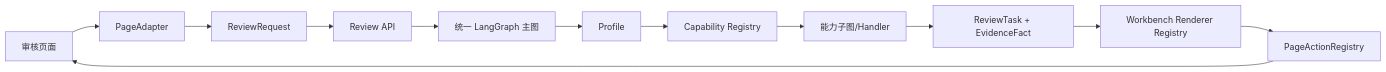
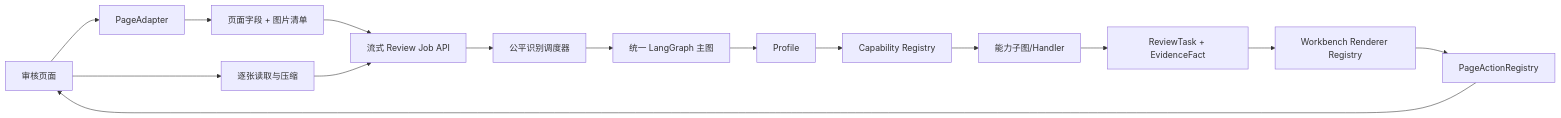
One commit to yangaobo0235/review-assistant changed the diagram in docs/architecture.md. Above: the diagram before and after it, drawn with Mermaid. The commit also changed other lines of this file and 12 other files, not shown here.

````diff
--- a/docs/architecture.md
+++ b/docs/architecture.md
@@ -7,14 +7,17 @@
 ```mermaid
 flowchart LR
   Page[审核页面] --> Adapter[PageAdapter]
-  Adapter --> Request[ReviewRequest]
-  Request --> API[Review API]
-  API --> Graph[统一 LangGraph 主图]
+  Adapter --> Manifest[页面字段 + 图片清单]
+  Manifest --> API[流式 Review Job API]
+  Page --> Image[逐张读取与压缩]
+  Image --> API
+  API --> Scheduler[公平识别调度器]
+  Scheduler --> Graph[统一 LangGraph 主图]
   Graph --> Profile[Profile]
   Profile --> Registry[Capability Registry]
   Registry --> Subgraph[能力子图/Handler]
   Subgraph --> Tasks[ReviewTask + EvidenceFact]
   Tasks --> UI[Workbench Renderer Registry]
   UI --> Action[PageActionRegistry]
   Action --> Page
 ```
````
